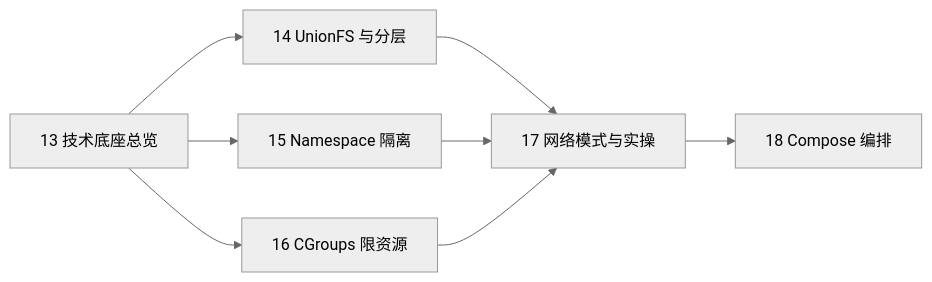
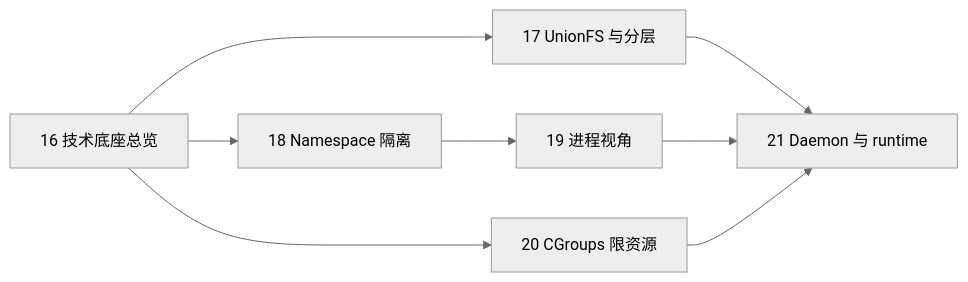
The diagram in src/云原生/docker/docker-16-tech-foundation.md (langkemaoxin/langkemaoxin.github.io), drawn with Mermaid (neutral theme) before and after one commit. The commit also changed other lines of this file and 11 other files, not shown here.

````diff
--- a/src/云原生/docker/docker-16-tech-foundation.md
+++ b/src/云原生/docker/docker-16-tech-foundation.md
@@ -140,10 +268,10 @@
 ```mermaid
 flowchart LR
-    A[13 技术底座总览] --> B[14 UnionFS 与分层]
-    A --> C[15 Namespace 隔离]
-    A --> D[16 CGroups 限资源]
-    B --> E[17 网络模式与实操]
-    C --> E
-    D --> E
-    E --> F[18 Compose 编排]
+    A[16 技术底座总览] --> B[17 UnionFS 与分层]
+    A --> C[18 Namespace 隔离]
+    C --> D[19 进程视角]
+    A --> E[20 CGroups 限资源]
+    B --> F[21 Daemon 与 runtime]
+    D --> F
+    E --> F
 ```
````
